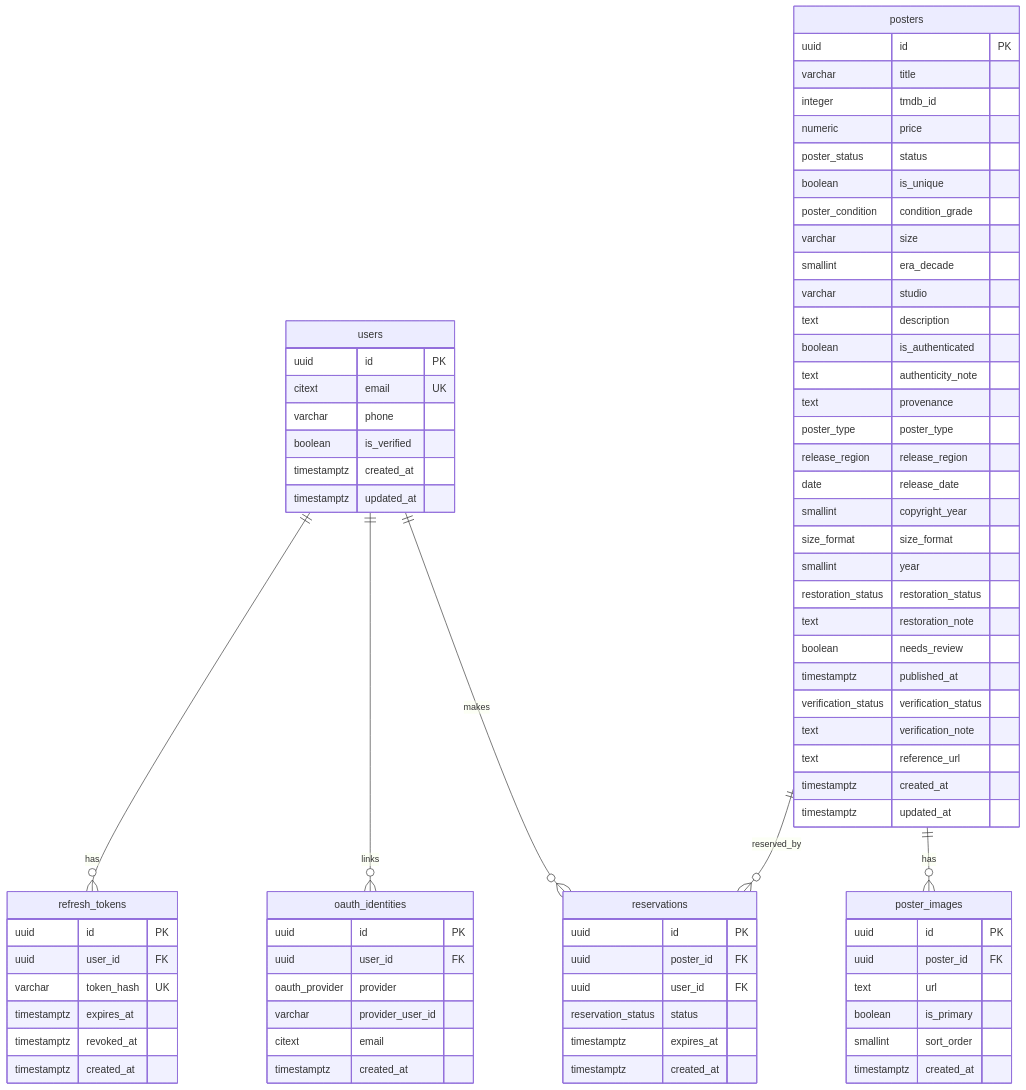
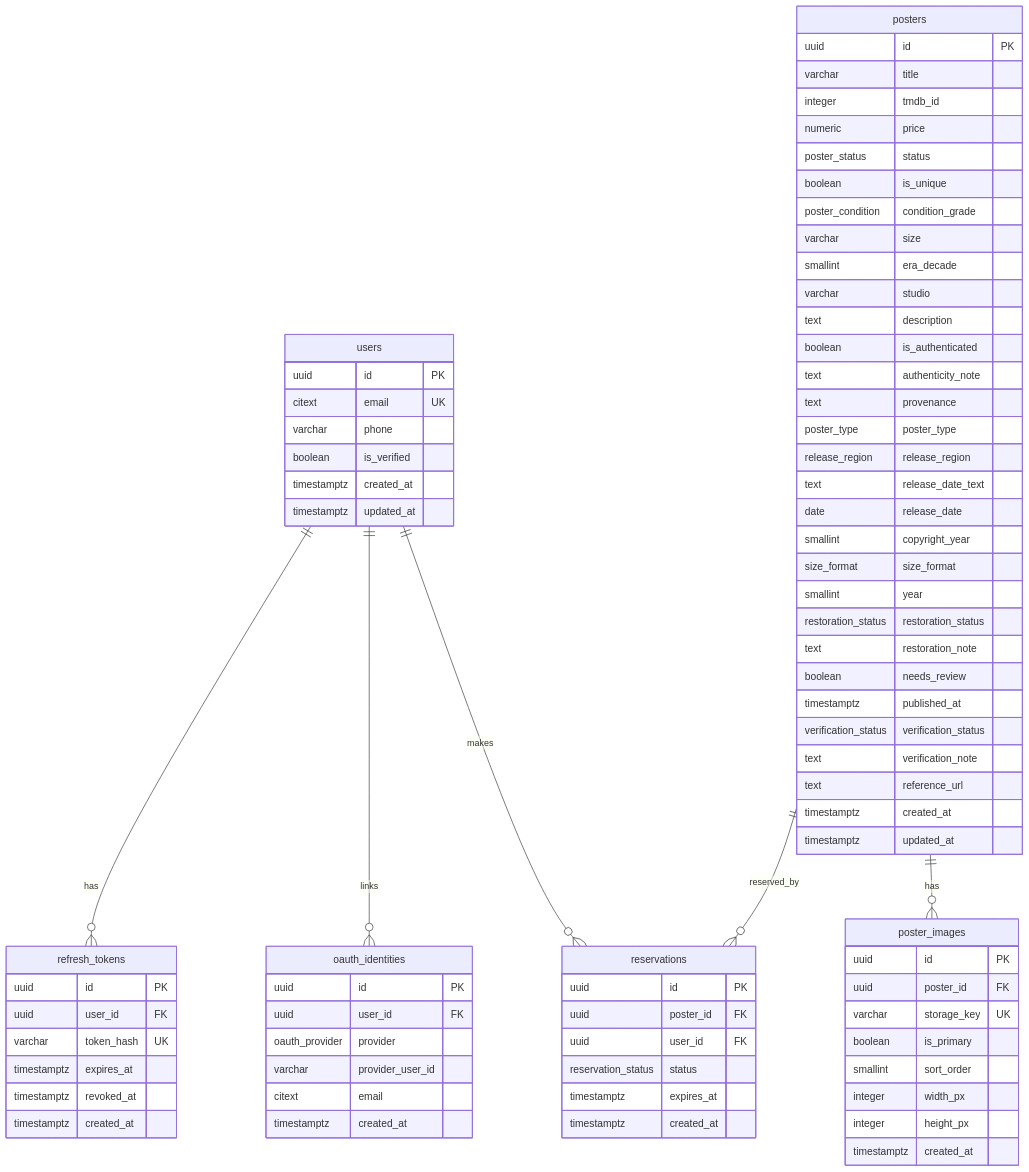
Before and after one commit to Chanothai/posternung-backend: the diagram in docs/database-design.md, drawn with Mermaid. The commit also changed other lines of this file, not shown here.

Commit message:
fix(docs): database-design.md ขัดกับตารางจริง — release_date_text หาย · ER ยังเขียน url
code-critic M-2/M-3 ของ INF-12 (R1) · ยืนยันกับ DB จริงก่อนแก้ทุกข้อ
(`\d posters` · `\d poster_images` บน `poster_nung_db`)

M-2 — `posters.release_date_text TEXT NULL` มีจริงตั้งแต่ INF-07
(migration `8ed5607ab0f5`, ADR-0009 D13 amendment) แต่เอกสารไม่มีทั้งใน §4.4
และใน ER · เพิ่มแถวและปรับหมายเหตุ "9 คอลัมน์" เป็น 10 (ส่งออก API 9 ใน 10)

M-3 — ER เขียน `poster_images { text url }` แต่ตารางจริงไม่มีคอลัมน์ `url` เลย
ตั้งแต่ ADR-0006 D2 · ของจริงคือ `storage_key varchar(512) NOT NULL UNIQUE`
· §4.5 ของไฟล์เดียวกันเขียนถูกอยู่แล้ว = ไฟล์ขัดกันเอง
· เติม `width_px`/`height_px` ที่ ER ตกไปด้วย (มีจริงในตารางและใน §4.5)

```diff
--- a/docs/database-design.md
+++ b/docs/database-design.md
@@ -280,6 +281,7 @@
         text provenance
         poster_type poster_type
         release_region release_region
+        text release_date_text
         date release_date
         smallint copyright_year
         size_format size_format
@@ -297,9 +299,11 @@
     poster_images {
         uuid id PK
         uuid poster_id FK
-        text url
+        varchar storage_key UK
         boolean is_primary
         smallint sort_order
+        integer width_px
+        integer height_px
         timestamptz created_at
     }
     reservations {
```
